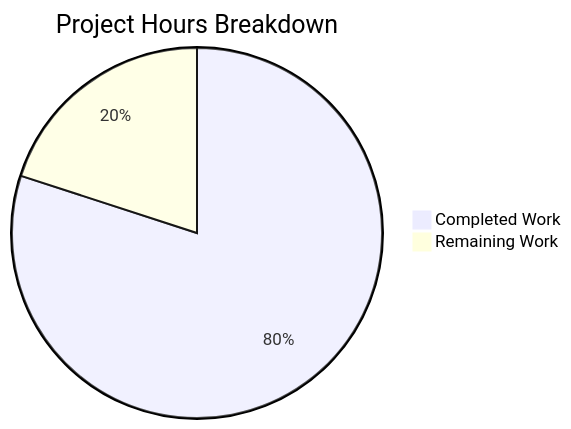
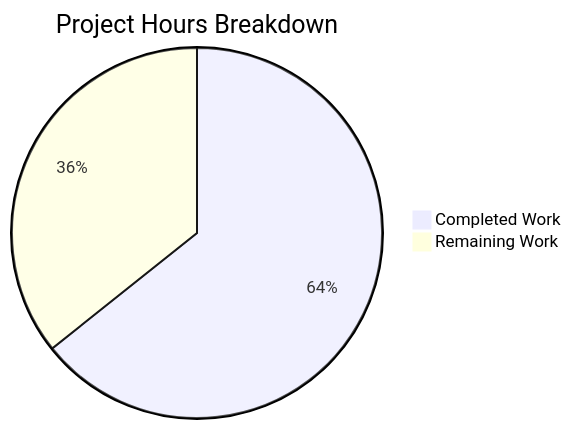
Before and after one commit to blitzy-public-samples/blitzy-weekend-planner-ai-agent: the diagram in blitzy/documentation/Project Guide.md, drawn with Mermaid. The commit also changed other lines of this file, not shown here.

Commit message:
Adding Blitzy Project Guide: Project Status and Human Tasks Remaining

````diff
--- a/blitzy/documentation/Project Guide.md
+++ b/blitzy/documentation/Project Guide.md
@@ -108,5 +37,5 @@
 ```mermaid
 pie title Project Hours Breakdown
-    "Completed Work" : 8
-    "Remaining Work" : 2
+    "Completed Work" : 9
+    "Remaining Work" : 5
 ```
````
